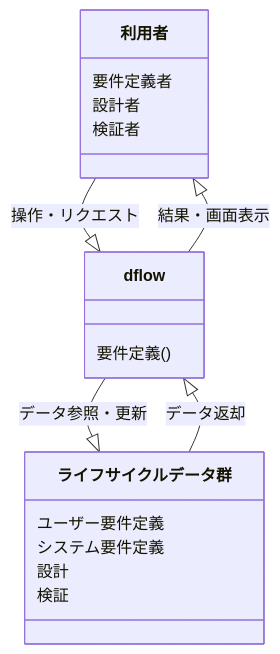
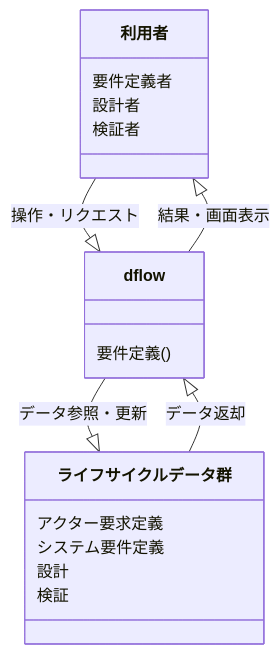
Before and after one commit to paterapatera/dflow: the first of 4 diagrams in docs/2.システム要件/アーキテクチャ定義.md, drawn with Mermaid. The commit also changed 149 other files, not shown here.

````diff
--- a/docs/2.システム要件/アーキテクチャ定義.md
+++ b/docs/2.システム要件/アーキテクチャ定義.md
@@ -3,22 +3,22 @@
 ```mermaid
 classDiagram
 	class 利用者 {
 		要件定義者
 		設計者
 		検証者
    }
 	class dflow {
       要件定義()
 	}
 	class ライフサイクルデータ群 {
-      ユーザー要件定義
+      アクター要求定義
       システム要件定義
       設計
       検証
 	}
 
 	利用者 --|> dflow : 操作・リクエスト
 	dflow --|> ライフサイクルデータ群 : データ参照・更新
 	ライフサイクルデータ群 --|> dflow : データ返却
 	dflow --|> 利用者 : 結果・画面表示
 ```
````
